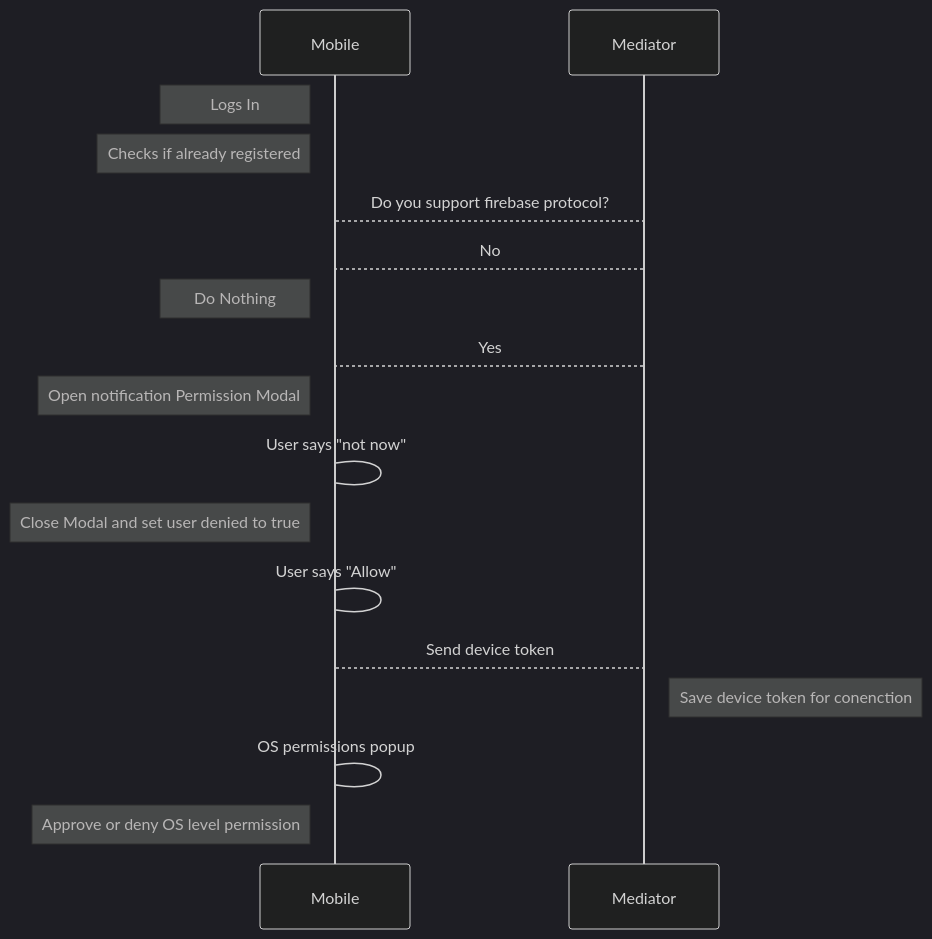
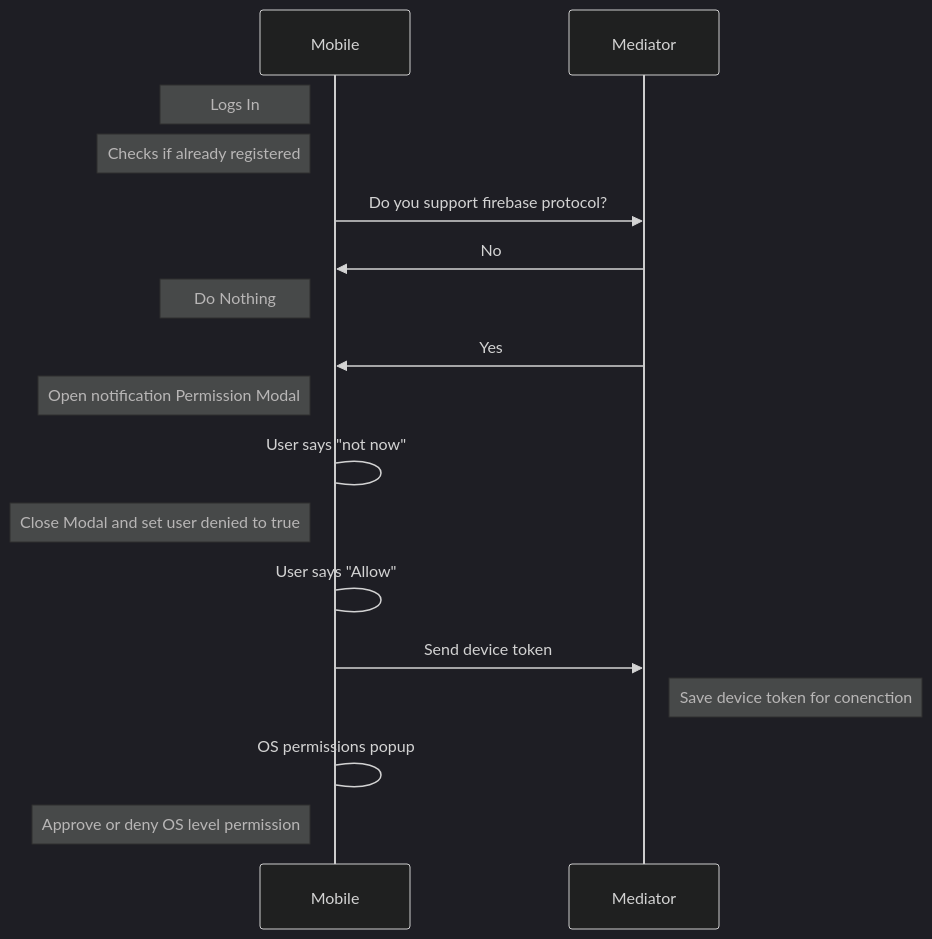
One commit to openwallet-foundation/acapy-plugins changed the first of 3 diagrams in firebase_push_notifications/README.md. Above: the diagram before and after it, drawn with Mermaid (dark theme). The commit also changed other lines of this file and 1 other file, not shown here.

````diff
--- a/firebase_push_notifications/README.md
+++ b/firebase_push_notifications/README.md
@@ -8,19 +8,19 @@
 ``` mermaid
 sequenceDiagram
 participant Mobile
 participant Mediator
 Note left of Mobile: Logs In
 Note left of Mobile: Checks if already registered
-Mobile-->Mediator: Do you support firebase protocol?
-Mediator-->Mobile: No
+Mobile->>Mediator: Do you support firebase protocol?
+Mediator->>Mobile: No
 Note left of Mobile: Do Nothing
-Mediator-->Mobile: Yes
+Mediator->>Mobile: Yes
 Note left of Mobile: Open notification Permission Modal
 Mobile->Mobile: User says "not now"
 Note left of Mobile: Close Modal and set user denied to true
 Mobile->Mobile: User says "Allow"
-Mobile-->Mediator: Send device token
+Mobile->>Mediator: Send device token
 Note right of Mediator: Save device token for conenction
 Mobile->Mobile: OS permissions popup
 Note left of Mobile: Approve or deny OS level permission
 ```
````
